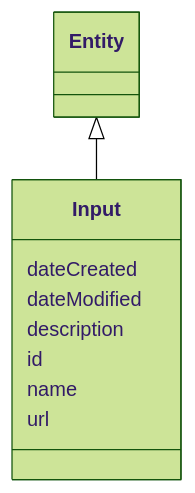
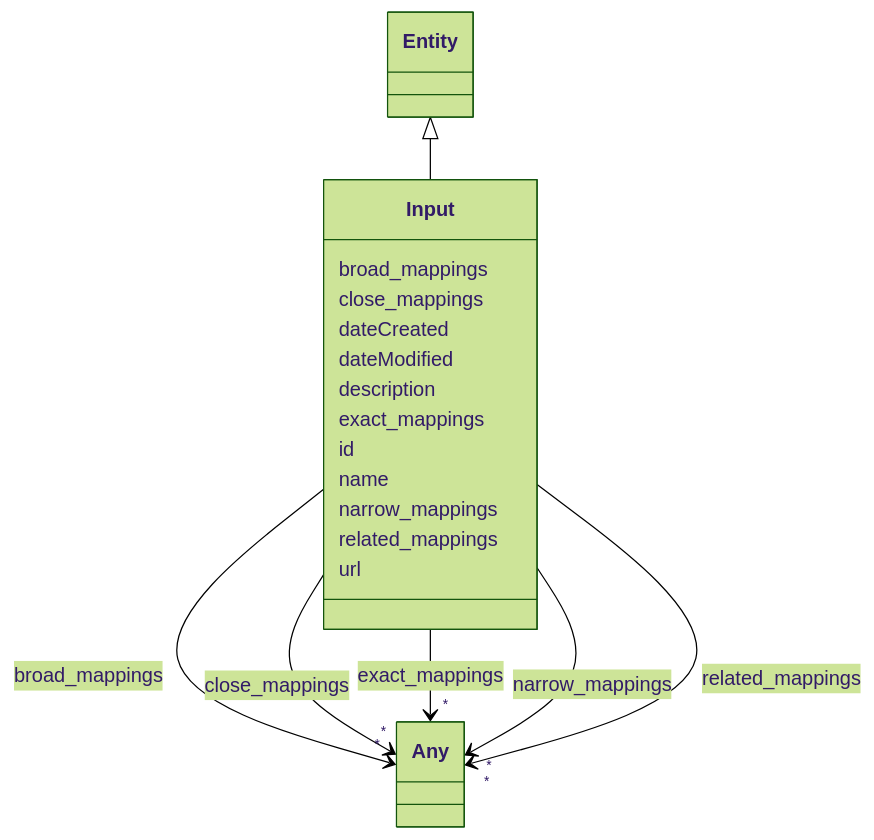
One commit to ingelise/risk-atlas-nexus changed the diagram in docs/ontology/Input.md. Above: the diagram before and after it, drawn with Mermaid (forest theme). The commit also changed other lines of this file and 180 other files, not shown here.

````diff
--- a/docs/ontology/Input.md
+++ b/docs/ontology/Input.md
@@ -18,21 +18,76 @@
 ```mermaid
  classDiagram
     class Input
     click Input href "../Input/"
       Entity <|-- Input
         click Entity href "../Entity/"
 
+      Input : broad_mappings
+
+
+
+
+
+        Input --> "*" Any : broad_mappings
+        click Any href "../Any/"
+
+
+
+      Input : close_mappings
+
+
+
+
+
+        Input --> "*" Any : close_mappings
+        click Any href "../Any/"
+
+
+
       Input : dateCreated
 
       Input : dateModified
 
       Input : description
 
+      Input : exact_mappings
+
+
+
+
+
+        Input --> "*" Any : exact_mappings
+        click Any href "../Any/"
+
+
+
       Input : id
 
       Input : name
+
+      Input : narrow_mappings
+
+
+
+
+
+        Input --> "*" Any : narrow_mappings
+        click Any href "../Any/"
+
+
+
+      Input : related_mappings
+
+
+
+
+
+        Input --> "*" Any : related_mappings
+        click Any href "../Any/"
+
+
 
       Input : url
 
 
 ```
````
